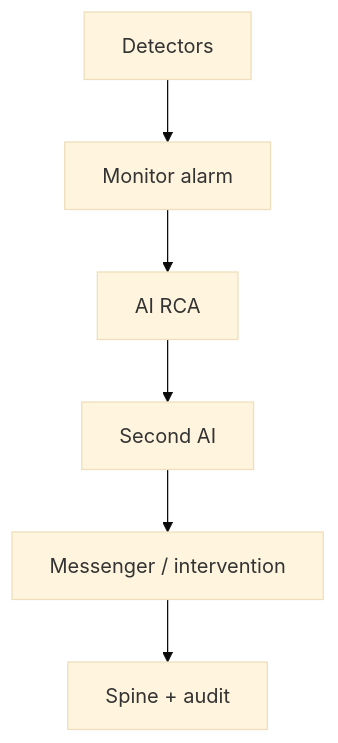
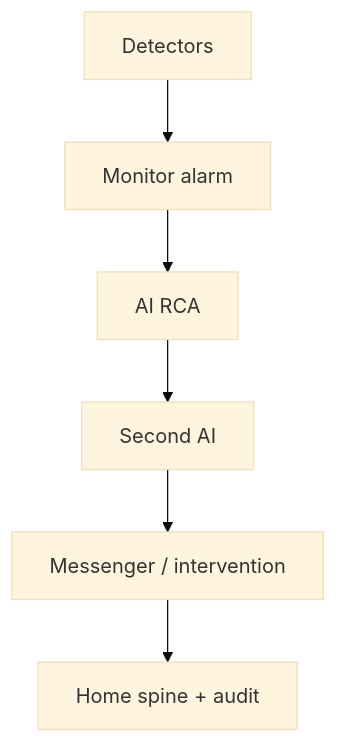
Before and after one commit to hxyan2020/PRD: the third of 6 diagrams in platform/docs/TSD.md, drawn with Mermaid (base theme). The commit also changed other lines of this file and 20 other files, not shown here.

````diff
--- a/platform/docs/TSD.md
+++ b/platform/docs/TSD.md
@@ -86,8 +86,8 @@
 ```mermaid
 graph TD
   Detectors[Detectors] --> Alarm[Monitor alarm]
   Alarm --> RCA[AI RCA]
   RCA --> Challenger[Second AI]
   Challenger --> Messenger[Messenger / intervention]
-  Messenger --> Spine[Spine + audit]
+  Messenger --> Spine[Home spine + audit]
 ```
````
